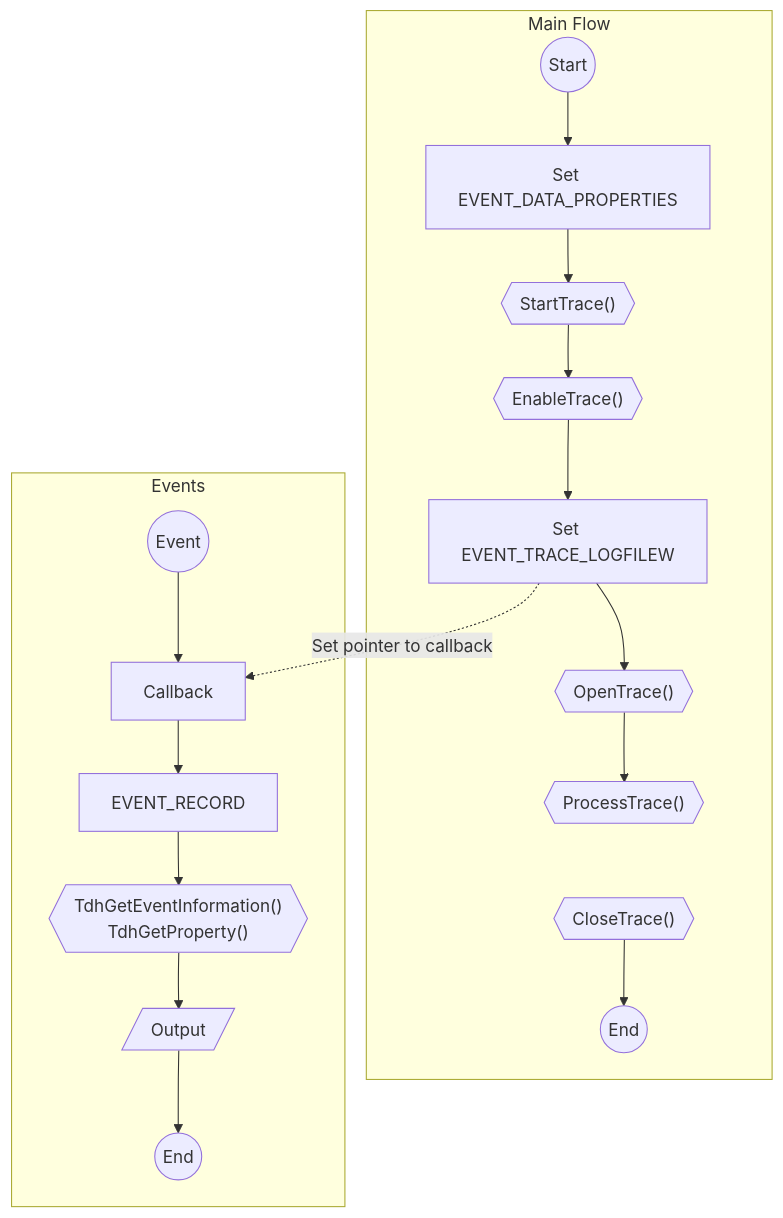
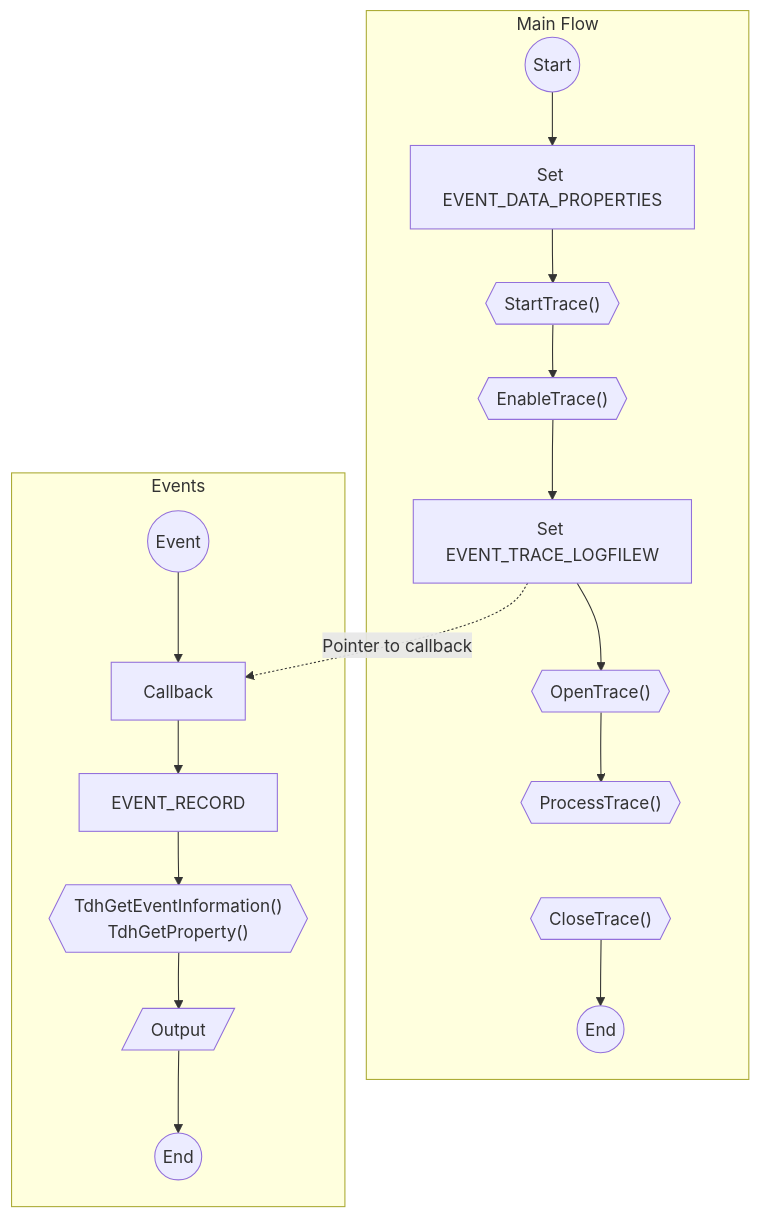
Before and after one commit to gtworek/PSBits: the diagram in ETW/README.md, drawn with Mermaid.

````diff
--- a/ETW/README.md
+++ b/ETW/README.md
@@ -1,22 +1,22 @@
 ```mermaid
 flowchart TD
-    MD1-.->|Set pointer to callback|ECB
+    MD1-.->|Pointer to callback|ECB
     subgraph Main Flow
     M1((Start))-->MB["Set EVENT_DATA_PROPERTIES"]
     MB-->MC{{"StartTrace()"}}
     MC-->MD{{"EnableTrace()"}}
     MD-->MD1["Set EVENT_TRACE_LOGFILEW"]
     MD1-->MD2{{"OpenTrace()"}}
     MD2-->MD3{{"ProcessTrace()"}}
     MD3~~~MD4{{"CloseTrace()"}}
     MD4-->ME((End))
     end
     subgraph Events
     E((Event))-->ECB[Callback]
     ECB-->E3[EVENT_RECORD]
     E3-->E4{{"TdhGetEventInformation()
     TdhGetProperty()"}}
     E4-->E5[/Output/]
     E5-->E6((End))
     end
 ```
````
